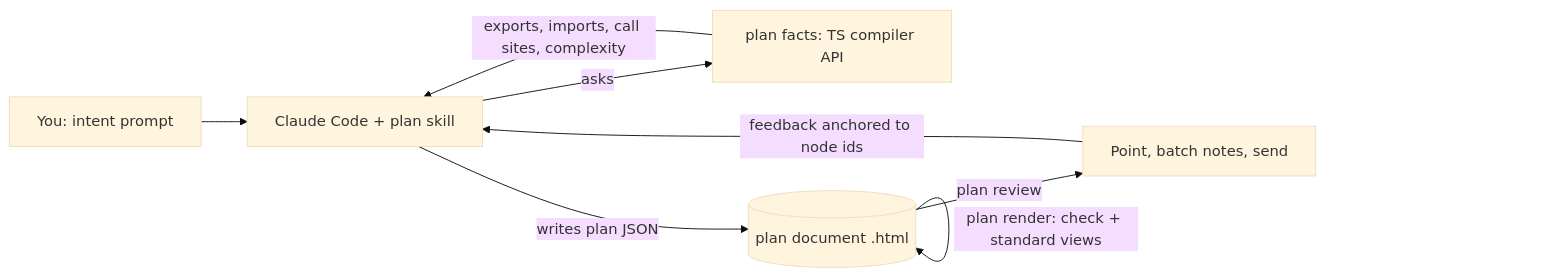
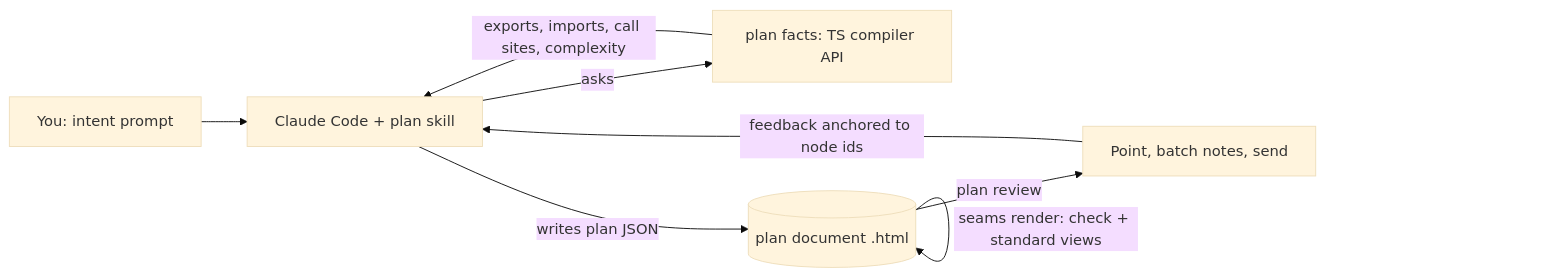
One commit to thehenrymcintosh/seams changed the diagram in docs/app-pitch.md. Above: the diagram before and after it, drawn with Mermaid (base theme). The commit also changed other lines of this file and 31 other files, not shown here.

````diff
--- a/docs/app-pitch.md
+++ b/docs/app-pitch.md
@@ -29,10 +29,10 @@
 ```mermaid
 flowchart LR
   You["You: intent prompt"] --> Agent["Claude Code + plan skill"]
   Agent -->|asks| Facts["plan facts: TS compiler API"]
   Facts -->|exports, imports, call sites, complexity| Agent
   Agent -->|writes plan JSON| Doc[("plan document .html")]
-  Doc -->|plan render: check + standard views| Doc
+  Doc -->|seams render: check + standard views| Doc
   Doc -->|plan review| Review["Point, batch notes, send"]
   Review -->|feedback anchored to node ids| Agent
 ```
````
